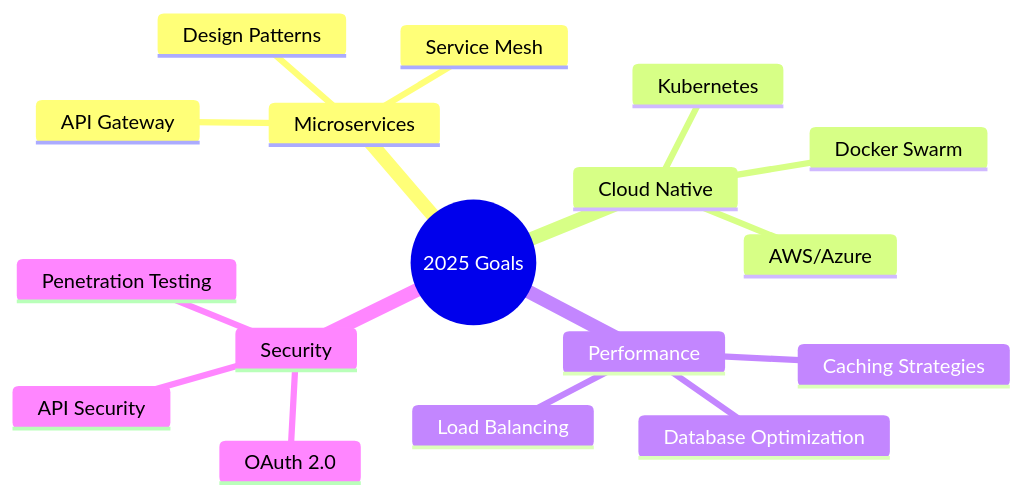
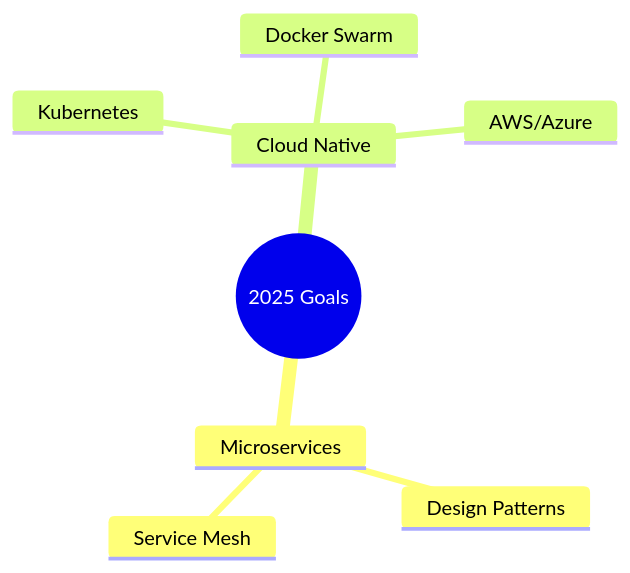
The diagram in README.md (init050/init050), drawn with Mermaid before and after one commit.

````diff
--- a/README.md
+++ b/README.md
@@ -49,20 +49,12 @@
 ```mermaid
 mindmap
   root((2025 Goals))
     Microservices
       Design Patterns
       Service Mesh
-      API Gateway
     Cloud Native
       Kubernetes
       Docker Swarm
       AWS/Azure
-    Performance
-      Caching Strategies
-      Database Optimization
-      Load Balancing
-    Security
-      OAuth 2.0
-      API Security
-      Penetration Testing
+
 ```
````
